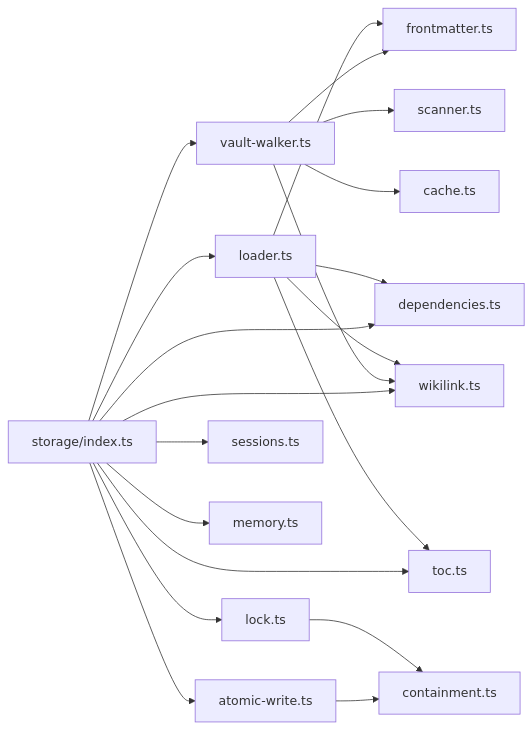
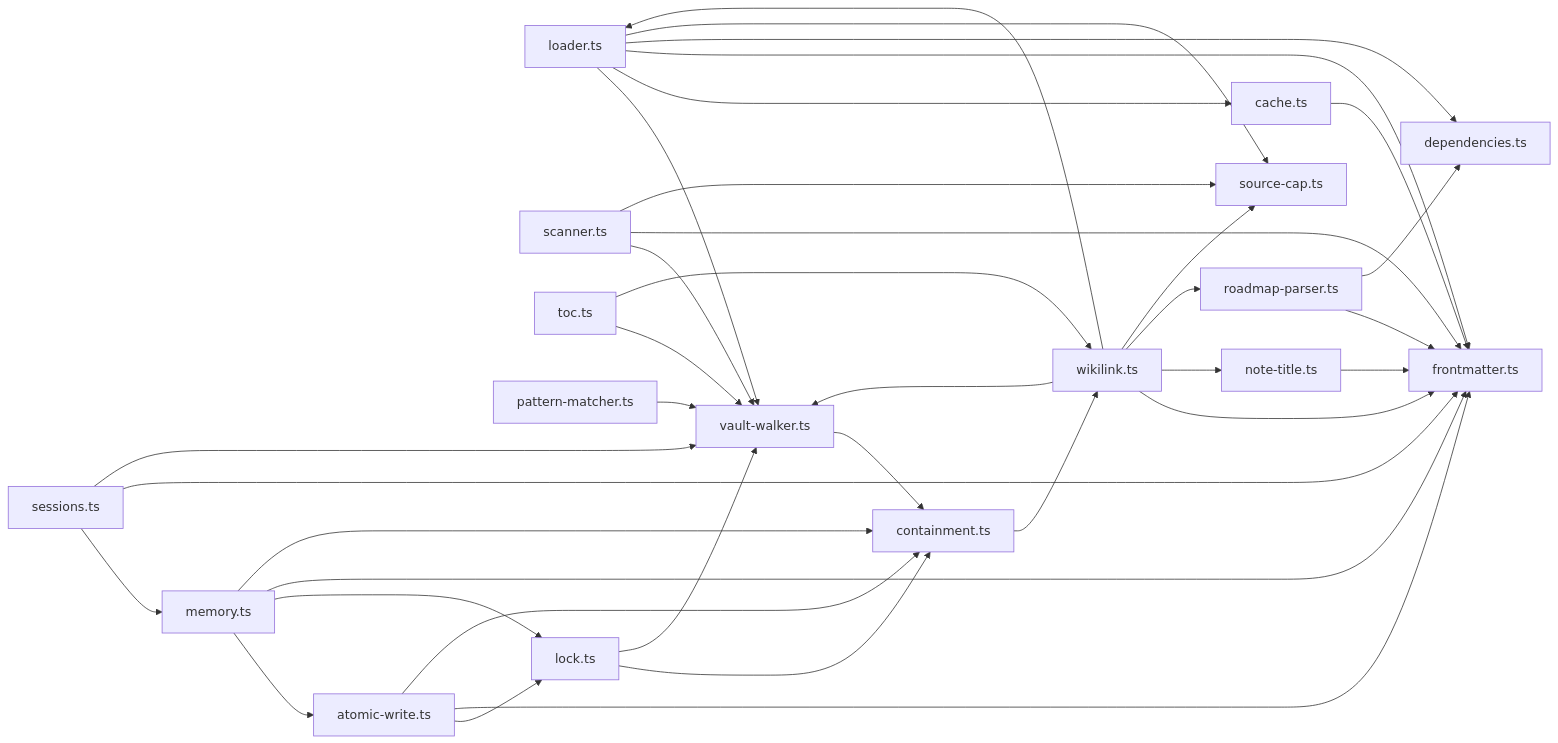
Before and after one commit to Kuldeep2822k/palee-architecture: the eighth of 8 diagrams in Storage System/Storage System.md, drawn with Mermaid. The commit also changed other lines of this file and 7 other files, not shown here.

Commit message:
docs(storage): document real lock and atomic-write behaviour

````diff
--- a/Storage System/Storage System.md
+++ b/Storage System/Storage System.md
@@ -434,25 +367,43 @@
 ```mermaid
 graph LR
-  Index["storage/index.ts"] --> Loader["loader.ts"]
-  Index --> Walker["vault-walker.ts"]
-  Index --> Atomic["atomic-write.ts"]
-  Index --> Lock["lock.ts"]
-  Index --> Sessions["sessions.ts"]
-  Index --> Memory["memory.ts"]
-  Index --> Dependencies["dependencies.ts"]
-  Index --> TOC["toc.ts"]
-  Index --> Wikilink["wikilink.ts"]
+  Loader["loader.ts"] --> Walker["vault-walker.ts"]
+  Loader --> Cache["cache.ts"]
+  Loader --> Frontmatter["frontmatter.ts"]
+  Loader --> Dependencies["dependencies.ts"]
+  Loader --> SourceCap["source-cap.ts"]
 
-  Walker --> Scanner["scanner.ts"]
-  Walker --> Cache["cache.ts"]
-  Walker --> Frontmatter["frontmatter.ts"]
-  Walker --> Wikilink
+  Scanner["scanner.ts"] --> Walker
+  Scanner --> Frontmatter
+  Scanner --> SourceCap
 
-  Loader --> Frontmatter
-  Loader --> Wikilink
-  Loader --> Dependencies
-  Loader --> TOC
+  Wikilink["wikilink.ts"] --> Walker
+  Wikilink --> Frontmatter
+  Wikilink --> Loader
+  Wikilink --> NoteTitle["note-title.ts"]
+  Wikilink --> Roadmap["roadmap-parser.ts"]
+  Wikilink --> SourceCap
 
-  Atomic --> Containment["containment.ts"]
+  TOC["toc.ts"] --> Walker
+  TOC --> Wikilink
+  Roadmap --> Frontmatter
+  Roadmap --> Dependencies
+  NoteTitle --> Frontmatter
+  Cache --> Frontmatter
+  Pattern["pattern-matcher.ts"] --> Walker
+
+  Memory["memory.ts"] --> Atomic["atomic-write.ts"]
+  Memory --> Lock["lock.ts"]
+  Memory --> Frontmatter
+  Memory --> Containment["containment.ts"]
+  Sessions["sessions.ts"] --> Memory
+  Sessions --> Frontmatter
+  Sessions --> Walker
+
+  Atomic --> Lock
+  Atomic --> Frontmatter
+  Atomic --> Containment
   Lock --> Containment
+  Lock --> Walker
+  Walker --> Containment
+  Containment --> Wikilink
 ```
````
